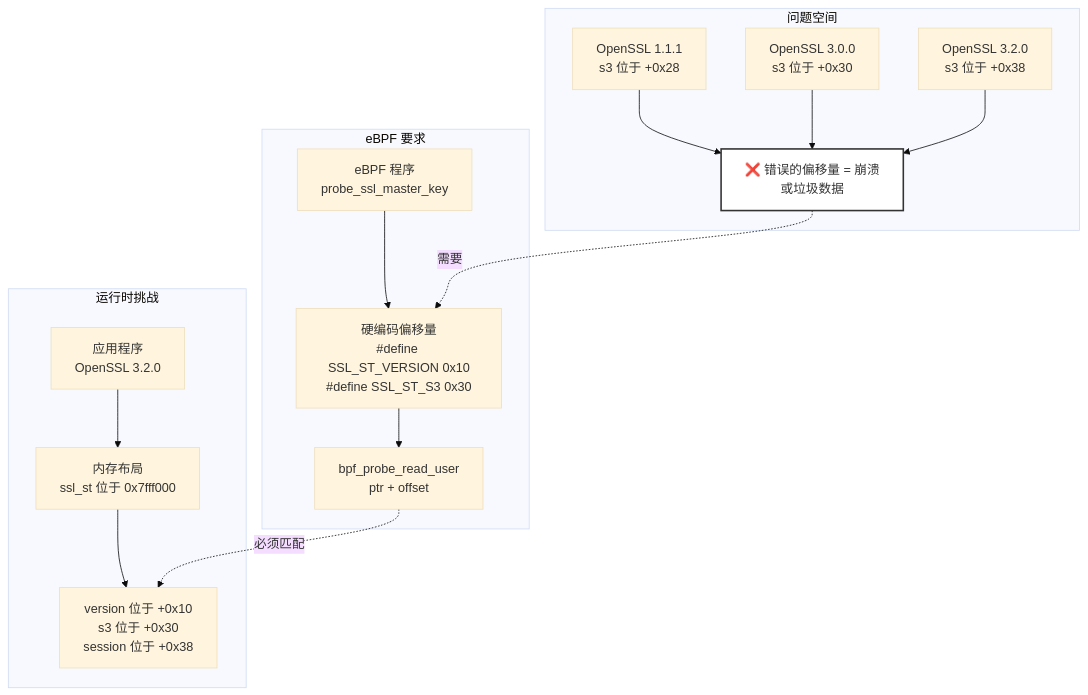
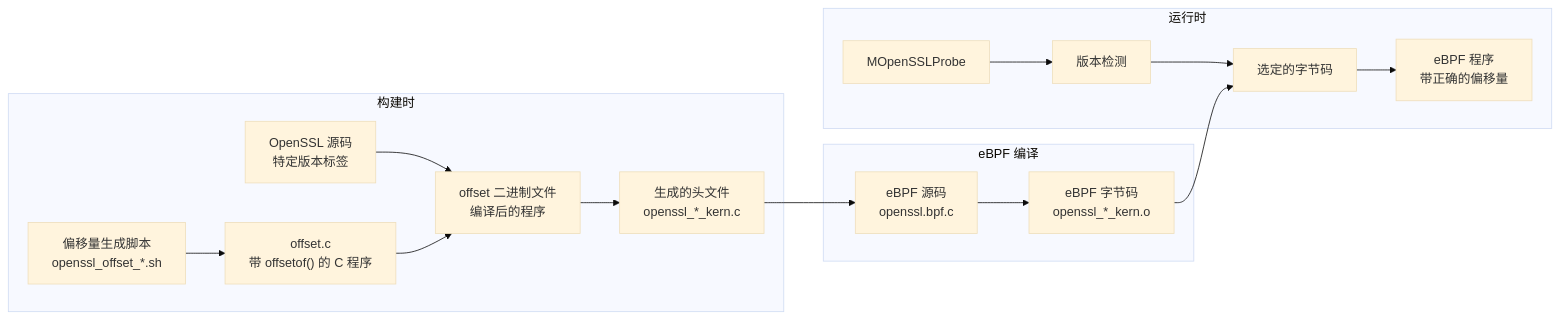
Before and after one commit to gojue/ecapture.cc: the first of 5 diagrams in src/zh/5-development-guide/5.2.2-structure-offset-calculation.md, drawn with Mermaid (base theme). The commit also changed other lines of this file and 115 other files, not shown here.

````diff
--- a/src/zh/5-development-guide/5.2.2-structure-offset-calculation.md
+++ b/src/zh/5-development-guide/5.2.2-structure-offset-calculation.md
@@ -21,35 +23,34 @@
 ```mermaid
-graph TB
-    subgraph "运行时挑战"
-        APP["应用程序<br/>OpenSSL 3.2.0"]
-        MEM["内存布局<br/>ssl_st 位于 0x7fff000"]
-        FIELD["version 位于 +0x10<br/>s3 位于 +0x30<br/>session 位于 +0x38"]
+graph LR
+    subgraph "构建时"
+        SCRIPT["偏移量生成脚本<br/>openssl_offset_*.sh"]
+        OFFSET_C["offset.c<br/>带 offsetof() 的 C 程序"]
+        SSL_SRC["OpenSSL 源码<br/>特定版本标签"]
+        OFFSET_BIN["offset 二进制文件<br/>编译后的程序"]
+        HEADER["生成的头文件<br/>openssl_*_kern.c"]
     end
     
-    subgraph "eBPF 要求"
-        BPF["eBPF 程序<br/>probe_ssl_master_key"]
-        OFFSET["硬编码偏移量<br/>#define SSL_ST_VERSION 0x10<br/>#define SSL_ST_S3 0x30"]
-        READ["bpf_probe_read_user<br/>ptr + offset"]
+    subgraph "eBPF 编译"
+        EBPF_SRC["eBPF 源码<br/>openssl.bpf.c"]
+        EBPF_OBJ["eBPF 字节码<br/>openssl_*_kern.o"]
     end
     
-    subgraph "问题空间"
-        V1["OpenSSL 1.1.1<br/>s3 位于 +0x28"]
-        V2["OpenSSL 3.0.0<br/>s3 位于 +0x30"]
-        V3["OpenSSL 3.2.0<br/>s3 位于 +0x38"]
-        MISMATCH["❌ 错误的偏移量 = 崩溃<br/>或垃圾数据"]
+    subgraph "运行时"
+        PROBE["MOpenSSLProbe"]
+        DETECT["版本检测"]
+        BYTECODE["选定的字节码"]
+        KERNEL["eBPF 程序<br/>带正确的偏移量"]
     end
     
-    APP --> MEM
-    MEM --> FIELD
+    SCRIPT --> OFFSET_C
+    SSL_SRC --> OFFSET_BIN
+    OFFSET_C --> OFFSET_BIN
+    OFFSET_BIN --> HEADER
+    HEADER --> EBPF_SRC
+    EBPF_SRC --> EBPF_OBJ
     
-    BPF --> OFFSET
-    OFFSET --> READ
-    READ -.->|必须匹配| FIELD
-    
-    V1 --> MISMATCH
-    V2 --> MISMATCH
-    V3 --> MISMATCH
-    MISMATCH -.->|需要| OFFSET
-    
-    style MISMATCH fill:#fff,stroke:#333,stroke-width:2px
+    PROBE --> DETECT
+    DETECT --> BYTECODE
+    EBPF_OBJ --> BYTECODE
+    BYTECODE --> KERNEL
 ```
````
